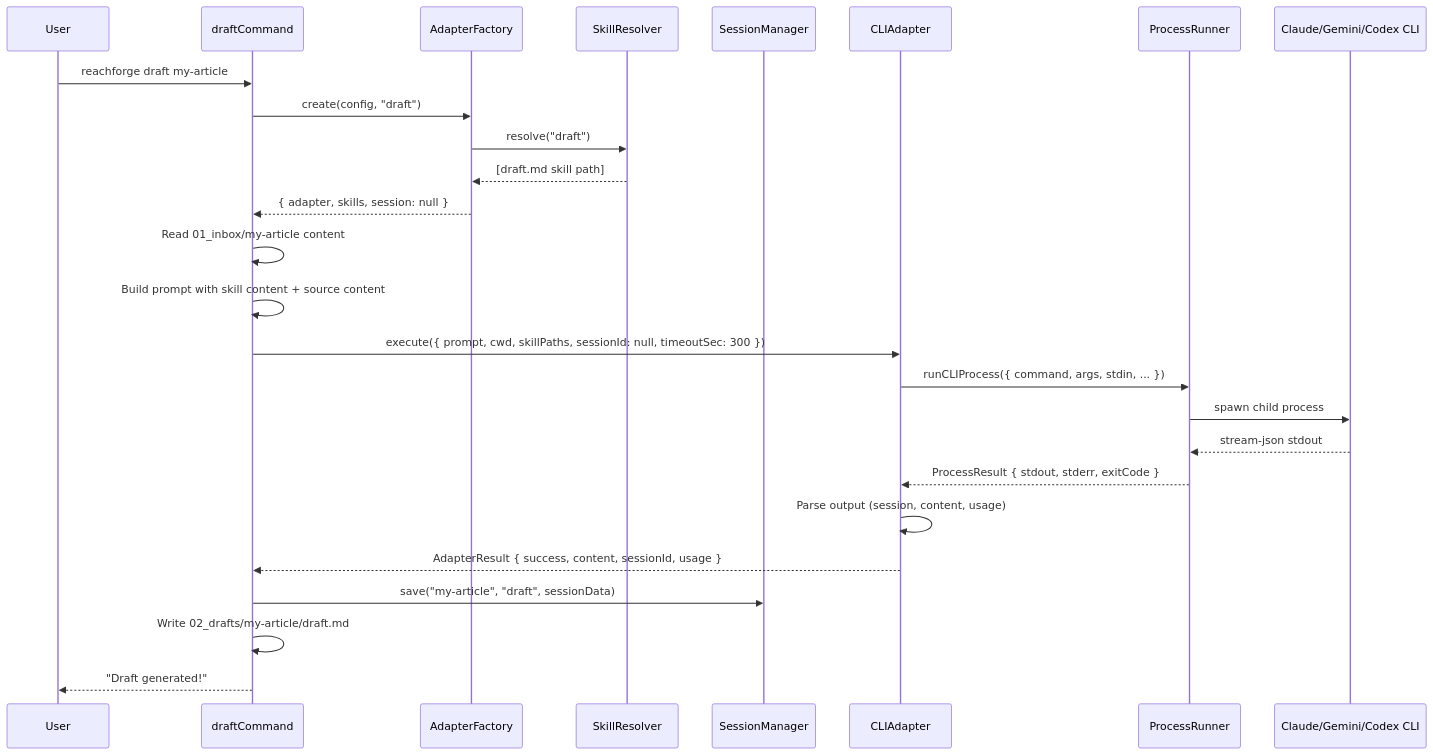
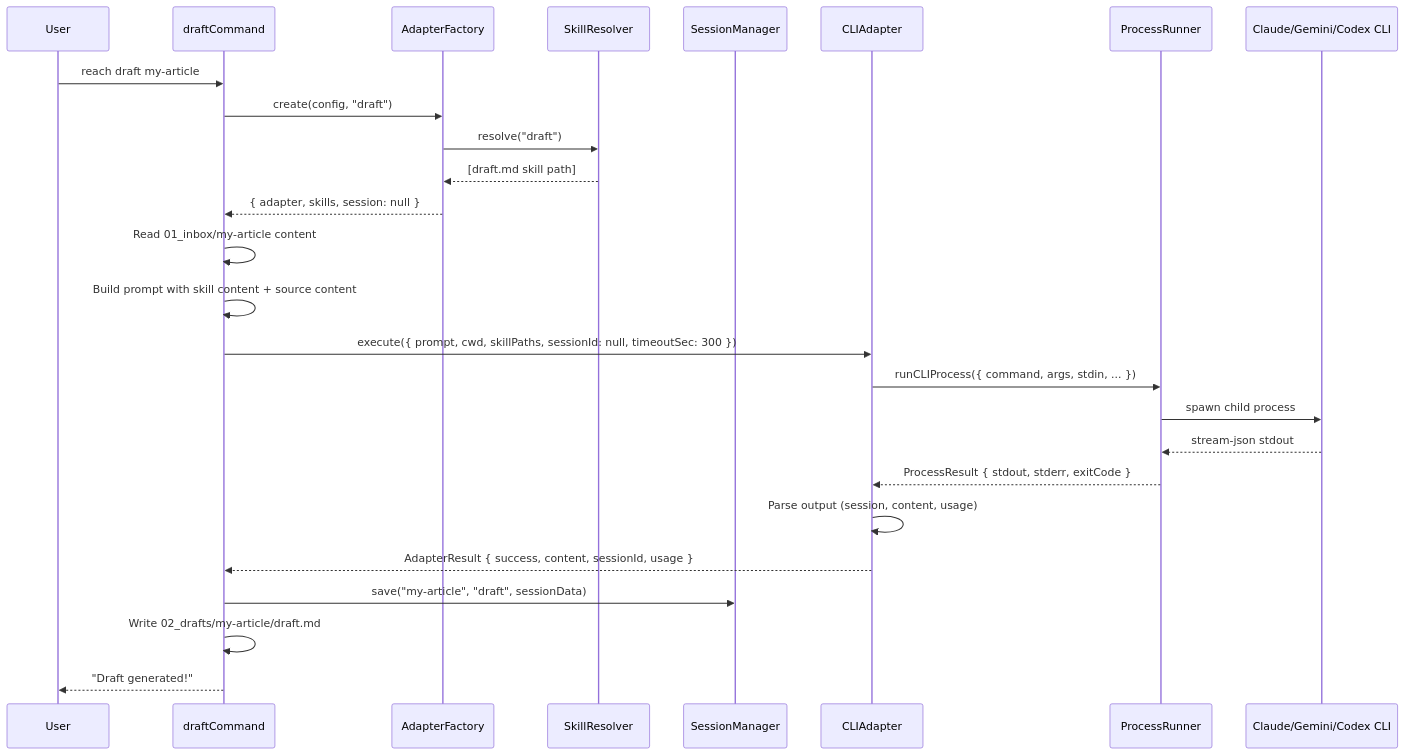
Before and after one commit to reachforge/reachforge: the fourth of 5 diagrams in docs/llm-adapter/tech-design.md, drawn with Mermaid. The commit also changed other lines of this file and 51 other files, not shown here.

Commit message:
refactor: rename project from reachforge to reach

````diff
--- a/docs/llm-adapter/tech-design.md
+++ b/docs/llm-adapter/tech-design.md
@@ -794,29 +794,29 @@
 ```mermaid
 sequenceDiagram
     participant User
     participant DraftCmd as draftCommand
     participant Factory as AdapterFactory
     participant Skills as SkillResolver
     participant Session as SessionManager
     participant Adapter as CLIAdapter
     participant Process as ProcessRunner
     participant CLI as Claude/Gemini/Codex CLI
 
-    User->>DraftCmd: reachforge draft my-article
+    User->>DraftCmd: reach draft my-article
     DraftCmd->>Factory: create(config, "draft")
     Factory->>Skills: resolve("draft")
     Skills-->>Factory: [draft.md skill path]
     Factory-->>DraftCmd: { adapter, skills, session: null }
     DraftCmd->>DraftCmd: Read 01_inbox/my-article content
     DraftCmd->>DraftCmd: Build prompt with skill content + source content
     DraftCmd->>Adapter: execute({ prompt, cwd, skillPaths, sessionId: null, timeoutSec: 300 })
     Adapter->>Process: runCLIProcess({ command, args, stdin, ... })
     Process->>CLI: spawn child process
     CLI-->>Process: stream-json stdout
     Process-->>Adapter: ProcessResult { stdout, stderr, exitCode }
     Adapter->>Adapter: Parse output (session, content, usage)
     Adapter-->>DraftCmd: AdapterResult { success, content, sessionId, usage }
     DraftCmd->>Session: save("my-article", "draft", sessionData)
     DraftCmd->>DraftCmd: Write 02_drafts/my-article/draft.md
     DraftCmd-->>User: "Draft generated!"
 ```
````
